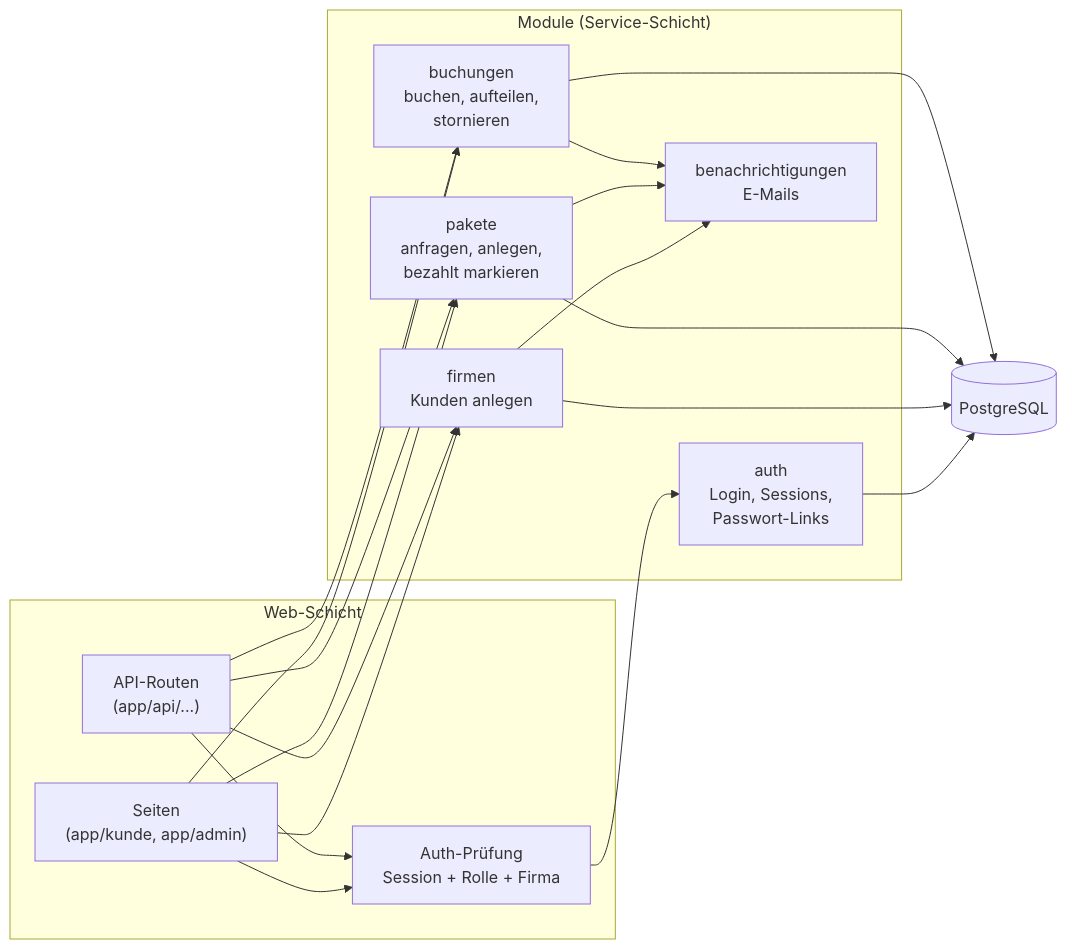
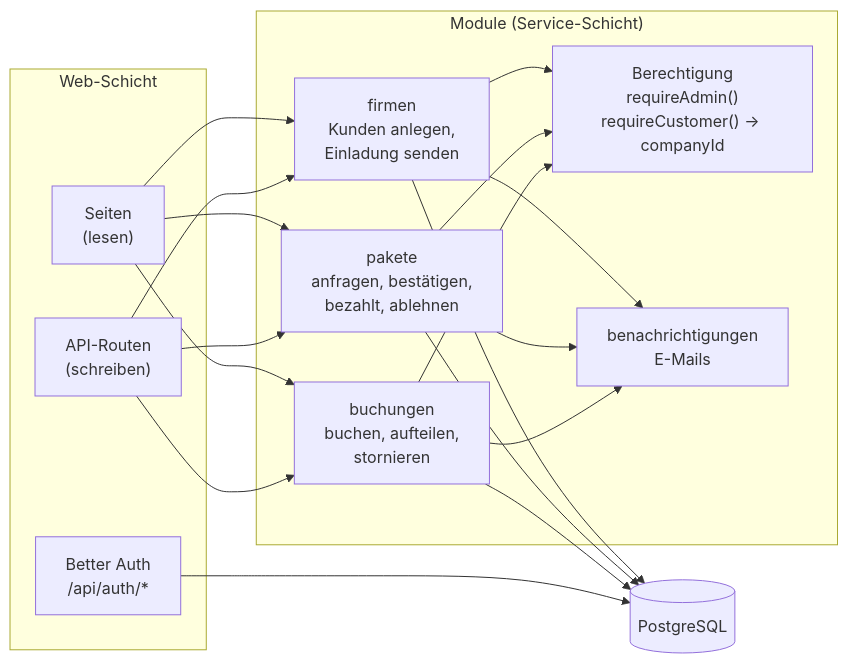
One commit to se26m047/prepaidhours changed the third of 6 diagrams in docs/architecture.md. Above: the diagram before and after it, drawn with Mermaid. The commit also changed other lines of this file and 6 other files, not shown here.

First line of the commit message:
docs: apply Phase 2 architecture review findings

````diff
--- a/docs/architecture.md
+++ b/docs/architecture.md
@@ -107,28 +109,27 @@
 ```mermaid
 flowchart LR
     subgraph web["Web-Schicht"]
-        pages["Seiten<br/>(app/kunde, app/admin)"]
-        api["API-Routen<br/>(app/api/...)"]
-        mw["Auth-Prüfung<br/>Session + Rolle + Firma"]
+        pages["Seiten<br/>(lesen)"]
+        api["API-Routen<br/>(schreiben)"]
+        authh["Better Auth<br/>/api/auth/*"]
     end
 
     subgraph module["Module (Service-Schicht)"]
-        auth["auth<br/>Login, Sessions,<br/>Passwort-Links"]
-        firmen["firmen<br/>Kunden anlegen"]
-        pakete["pakete<br/>anfragen, anlegen,<br/>bezahlt markieren"]
+        guard["Berechtigung<br/>requireAdmin()<br/>requireCustomer() → companyId"]
+        firmen["firmen<br/>Kunden anlegen,<br/>Einladung senden"]
+        pakete["pakete<br/>anfragen, bestätigen,<br/>bezahlt, ablehnen"]
         buchungen["buchungen<br/>buchen, aufteilen,<br/>stornieren"]
         mails["benachrichtigungen<br/>E-Mails"]
     end
 
     db[("PostgreSQL")]
 
-    pages --> mw
-    api --> mw
-    mw --> auth
     pages --> firmen & pakete & buchungen
     api --> firmen & pakete & buchungen
+    firmen & pakete & buchungen --> guard
+    authh --> db
     firmen --> mails
     pakete --> mails
     buchungen --> mails
-    auth & firmen & pakete & buchungen --> db
+    firmen & pakete & buchungen --> db
 ```
````
